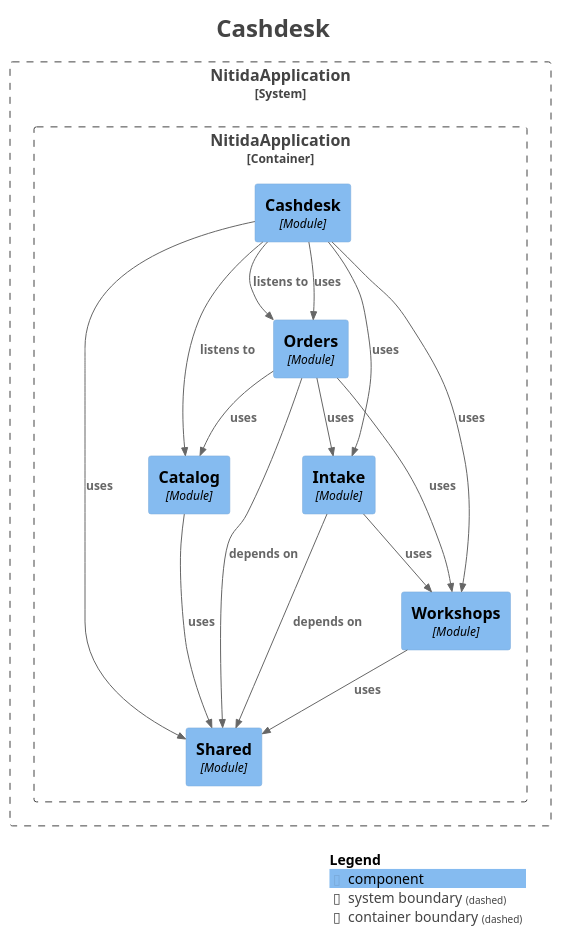
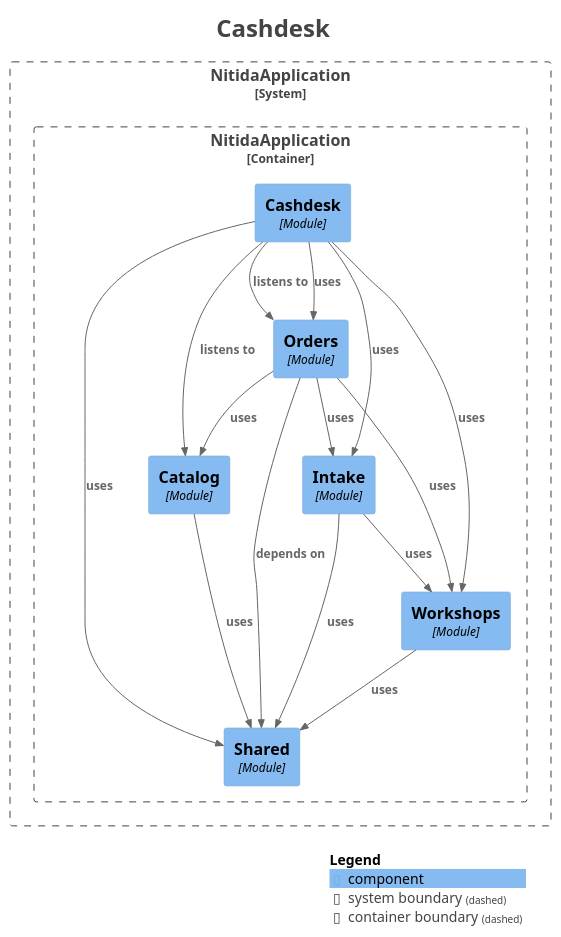
The diagram in docs/modulos/module-cashdesk.puml (Nicolas-12000/Nitida), drawn with PlantUML before and after one commit. The commit also changed 11 other files, not shown here.

Commit message:
refactor(ci): update CodeQL job name to TypeScript and upgrade backend Docker image to Debian 13 for security improvements; clean up module diagrams by removing unused relationships

```diff
--- a/docs/modulos/module-cashdesk.puml
+++ b/docs/modulos/module-cashdesk.puml
@@ -1,47 +1,47 @@
 @startuml
 title <size:24>Cashdesk</size>
 
 set separator none
 top to bottom direction
 
 <style>
   root {
     BackgroundColor: #ffffff
     FontColor: #444444
   }
 </style>
 
 !include <C4/C4>
 !include <C4/C4_Context>
 !include <C4/C4_Component>
 
 System_Boundary("NitidaApplication_boundary", "NitidaApplication", $tags="") {
   Container_Boundary("NitidaApplication.NitidaApplication_boundary", "NitidaApplication", $tags="") {
     Component(NitidaApplication.NitidaApplication.Orders, "Orders", $techn="Module", $descr="", $tags="", $link="")
     Component(NitidaApplication.NitidaApplication.Cashdesk, "Cashdesk", $techn="Module", $descr="", $tags="", $link="")
     Component(NitidaApplication.NitidaApplication.Shared, "Shared", $techn="Module", $descr="", $tags="", $link="")
     Component(NitidaApplication.NitidaApplication.Catalog, "Catalog", $techn="Module", $descr="", $tags="", $link="")
     Component(NitidaApplication.NitidaApplication.Workshops, "Workshops", $techn="Module", $descr="", $tags="", $link="")
     Component(NitidaApplication.NitidaApplication.Intake, "Intake", $techn="Module", $descr="", $tags="", $link="")
   }
 
 }
 
+Rel(NitidaApplication.NitidaApplication.Orders, NitidaApplication.NitidaApplication.Shared, "depends on", $techn="", $tags="", $link="")
+Rel(NitidaApplication.NitidaApplication.Orders, NitidaApplication.NitidaApplication.Catalog, "uses", $techn="", $tags="", $link="")
+Rel(NitidaApplication.NitidaApplication.Orders, NitidaApplication.NitidaApplication.Workshops, "uses", $techn="", $tags="", $link="")
+Rel(NitidaApplication.NitidaApplication.Orders, NitidaApplication.NitidaApplication.Intake, "uses", $techn="", $tags="", $link="")
+Rel(NitidaApplication.NitidaApplication.Cashdesk, NitidaApplication.NitidaApplication.Orders, "listens to", $techn="", $tags="", $link="")
 Rel(NitidaApplication.NitidaApplication.Cashdesk, NitidaApplication.NitidaApplication.Catalog, "listens to", $techn="", $tags="", $link="")
-Rel(NitidaApplication.NitidaApplication.Cashdesk, NitidaApplication.NitidaApplication.Orders, "listens to", $techn="", $tags="", $link="")
 Rel(NitidaApplication.NitidaApplication.Cashdesk, NitidaApplication.NitidaApplication.Orders, "uses", $techn="", $tags="", $link="")
 Rel(NitidaApplication.NitidaApplication.Cashdesk, NitidaApplication.NitidaApplication.Workshops, "uses", $techn="", $tags="", $link="")
 Rel(NitidaApplication.NitidaApplication.Cashdesk, NitidaApplication.NitidaApplication.Shared, "uses", $techn="", $tags="", $link="")
 Rel(NitidaApplication.NitidaApplication.Cashdesk, NitidaApplication.NitidaApplication.Intake, "uses", $techn="", $tags="", $link="")
-Rel(NitidaApplication.NitidaApplication.Intake, NitidaApplication.NitidaApplication.Shared, "depends on", $techn="", $tags="", $link="")
-Rel(NitidaApplication.NitidaApplication.Intake, NitidaApplication.NitidaApplication.Workshops, "uses", $techn="", $tags="", $link="")
-Rel(NitidaApplication.NitidaApplication.Orders, NitidaApplication.NitidaApplication.Shared, "depends on", $techn="", $tags="", $link="")
-Rel(NitidaApplication.NitidaApplication.Orders, NitidaApplication.NitidaApplication.Catalog, "uses", $techn="", $tags="", $link="")
-Rel(NitidaApplication.NitidaApplication.Orders, NitidaApplication.NitidaApplication.Workshops, "uses", $techn="", $tags="", $link="")
-Rel(NitidaApplication.NitidaApplication.Orders, NitidaApplication.NitidaApplication.Intake, "uses", $techn="", $tags="", $link="")
 Rel(NitidaApplication.NitidaApplication.Catalog, NitidaApplication.NitidaApplication.Shared, "uses", $techn="", $tags="", $link="")
 Rel(NitidaApplication.NitidaApplication.Workshops, NitidaApplication.NitidaApplication.Shared, "uses", $techn="", $tags="", $link="")
+Rel(NitidaApplication.NitidaApplication.Intake, NitidaApplication.NitidaApplication.Shared, "uses", $techn="", $tags="", $link="")
+Rel(NitidaApplication.NitidaApplication.Intake, NitidaApplication.NitidaApplication.Workshops, "uses", $techn="", $tags="", $link="")
 
 SHOW_LEGEND(true)
 hide stereotypes
 @enduml
```
